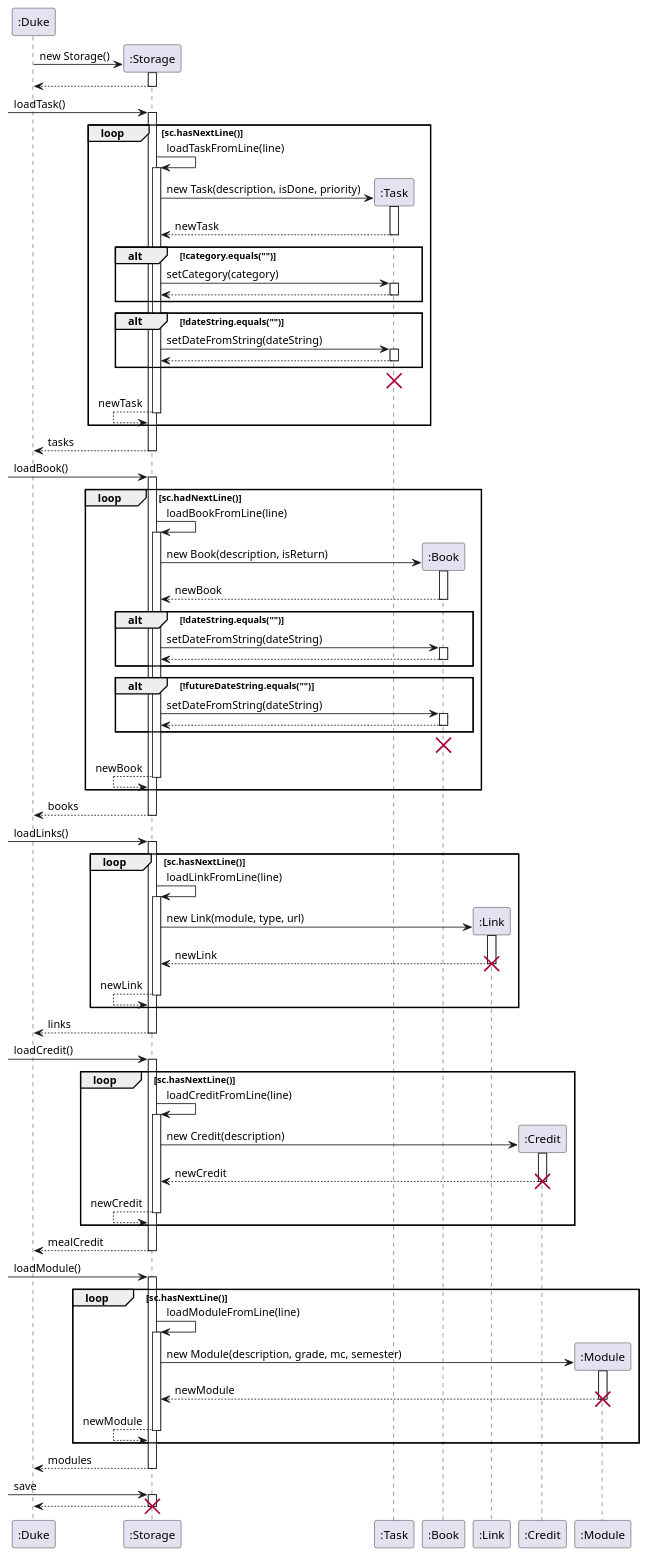
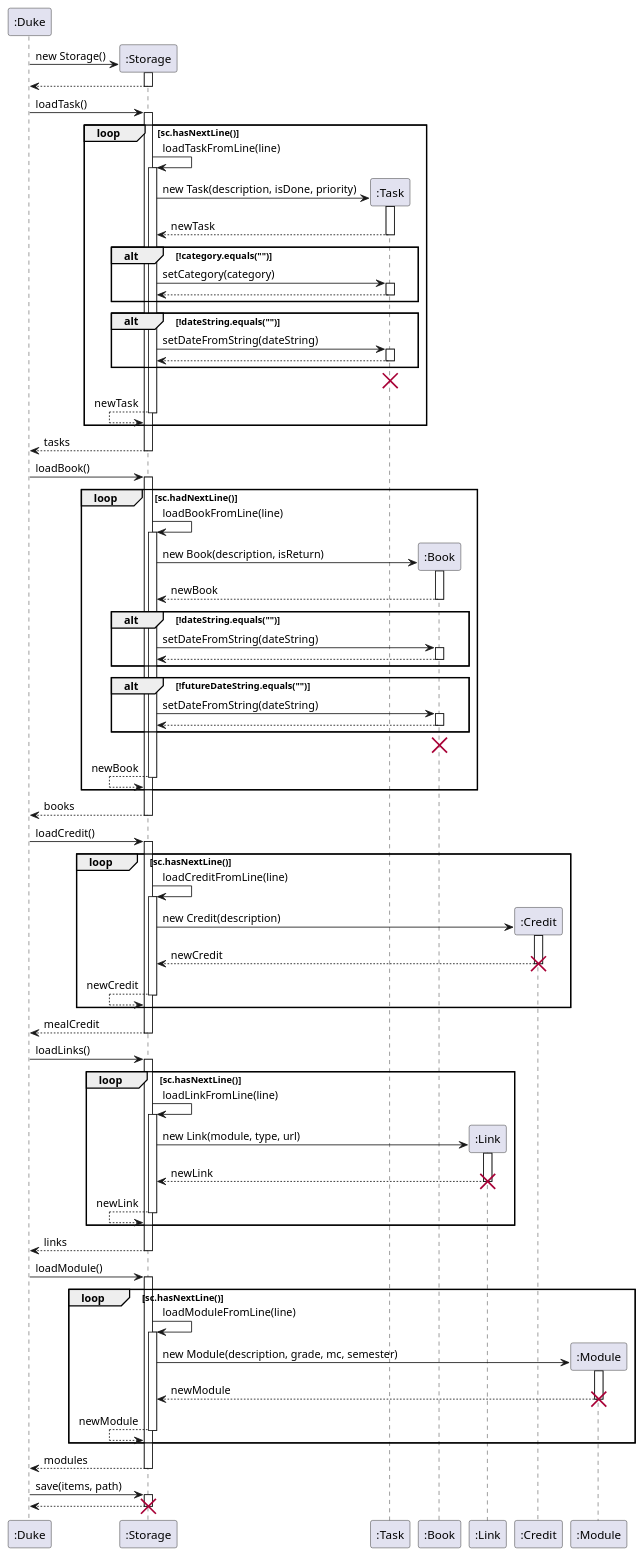
One commit to yh-ng/tp changed the diagram in docs/diagrams/StorageSequenceDiagram.puml. Above: the diagram before and after it, drawn with PlantUML. The commit also changed 2 other files, not shown here.

Commit message:
Update DG about Storage component

```diff
--- a/docs/diagrams/StorageSequenceDiagram.puml
+++ b/docs/diagrams/StorageSequenceDiagram.puml
@@ -1,189 +1,189 @@
 @startuml
 participant ":Duke" as Duke
 participant ":Storage" as Storage
 participant ":Task" as Task
 participant ":Book" as Book
 participant ":Link" as Link
 participant ":Credit" as Credit
 participant ":Module" as Module
 
 create Storage
 Duke -> Storage : new Storage()
 activate Storage
 
 Duke <-- Storage
 deactivate Storage
 
--> Storage : loadTask()
+Duke -> Storage : loadTask()
 activate Storage
 
 loop sc.hasNextLine()
 
 Storage -> Storage : loadTaskFromLine(line)
 activate Storage
 
 create Task
 Storage -> Task : new Task(description, isDone, priority)
 activate Task
 
 Storage <-- Task : newTask
 deactivate Task
 
 alt !category.equals("")
 
 Storage -> Task : setCategory(category)
 activate Task
 
 Storage <-- Task
 deactivate Task
 
 end
 
 alt !dateString.equals("")
 
 Storage -> Task : setDateFromString(dateString)
 activate Task
 
 Storage <-- Task
 deactivate Task
 
 end
 
 destroy Task
 
 Storage <-- Storage : newTask
 deactivate Storage
 
 end
 
 Duke <-- Storage : tasks
 deactivate Storage
 
--> Storage : loadBook()
+Duke -> Storage : loadBook()
 activate Storage
 
 loop sc.hadNextLine()
 
 Storage -> Storage : loadBookFromLine(line)
 activate Storage
 
 create Book
 Storage -> Book : new Book(description, isReturn)
 activate Book
 
 Storage <-- Book : newBook
 deactivate Book
 
 alt !dateString.equals("")
 
 Storage -> Book : setDateFromString(dateString)
 activate Book
 
 Storage <-- Book
 deactivate Book
 
 end
 
 alt !futureDateString.equals("")
 
 Storage -> Book : setDateFromString(dateString)
 activate Book
 
 Storage <-- Book
 deactivate Book
 
 end
 
 destroy Book
 
 Storage <-- Storage : newBook
 deactivate Storage
 
 end
 
 Duke <-- Storage : books
 deactivate Storage
 
--> Storage : loadLinks()
+Duke -> Storage : loadCredit()
+activate Storage
+
+loop sc.hasNextLine()
+
+Storage -> Storage : loadCreditFromLine(line)
+activate Storage
+
+create Credit
+Storage -> Credit : new Credit(description)
+activate Credit
+
+Storage <-- Credit : newCredit
+deactivate Credit
+
+destroy Credit
+
+Storage <-- Storage : newCredit
+deactivate Storage
+
+end
+
+Duke <-- Storage : mealCredit
+deactivate Storage
+
+Duke -> Storage : loadLinks()
 activate Storage
 
 loop sc.hasNextLine()
 
 Storage -> Storage : loadLinkFromLine(line)
 activate Storage
 
 create Link
 Storage -> Link : new Link(module, type, url)
 activate Link
 
 Storage <-- Link : newLink
 deactivate Link
 
 destroy Link
 
 Storage <-- Storage : newLink
 deactivate Storage
 
 end
 
 Duke <-- Storage : links
 deactivate Storage
 
--> Storage : loadCredit()
-activate Storage
-
-loop sc.hasNextLine()
-
-Storage -> Storage : loadCreditFromLine(line)
-activate Storage
-
-create Credit
-Storage -> Credit : new Credit(description)
-activate Credit
-
-Storage <-- Credit : newCredit
-deactivate Credit
-
-destroy Credit
-
-Storage <-- Storage : newCredit
-deactivate Storage
-
-end
-
-Duke <-- Storage : mealCredit
-deactivate Storage
-
--> Storage : loadModule()
+Duke -> Storage : loadModule()
 activate Storage
 
 loop sc.hasNextLine()
 
 Storage -> Storage : loadModuleFromLine(line)
 activate Storage
 
 create Module
 Storage -> Module : new Module(description, grade, mc, semester)
 activate Module
 
 Storage <-- Module : newModule
 deactivate Module
 
 destroy Module
 
 Storage <-- Storage : newModule
 deactivate Storage
 
 end
 
 Duke <-- Storage : modules
 deactivate Storage
 
--> Storage : save
+Duke -> Storage : save(items, path)
 activate Storage
 
 Duke <-- Storage
 deactivate Storage
 
 destroy Storage
 @enduml
```
